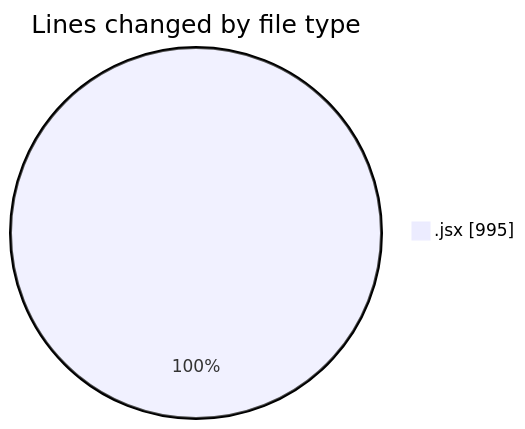
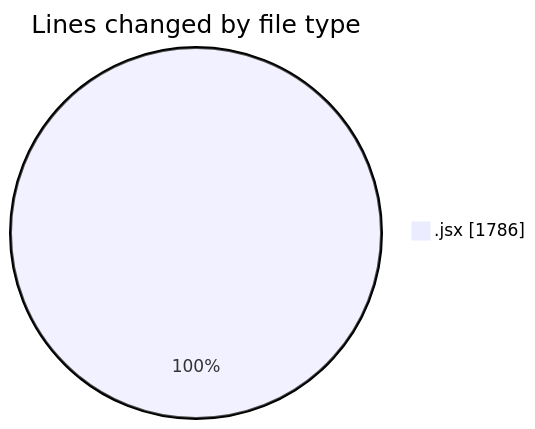
One commit to nxtqubesakshisongat/code-tracking changed the first of 2 diagrams in 2025-05-12/argos-dev/README.md. Above: the diagram before and after it, drawn with Mermaid. The commit also changed other lines of this file and 1 other file, not shown here.

````diff
--- a/2025-05-12/argos-dev/README.md
+++ b/2025-05-12/argos-dev/README.md
@@ -21,5 +22,5 @@
 ```mermaid
 pie showData
 title Lines changed by file type
-".jsx" : 995
+".jsx" : 1786
 ```
````
